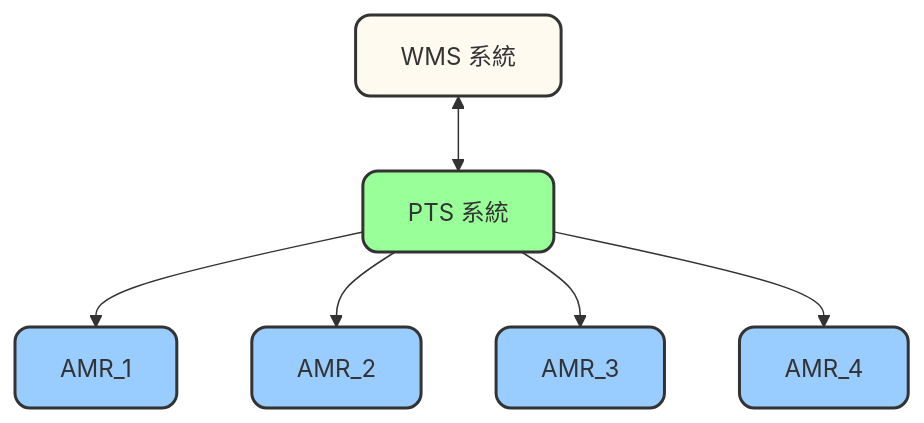
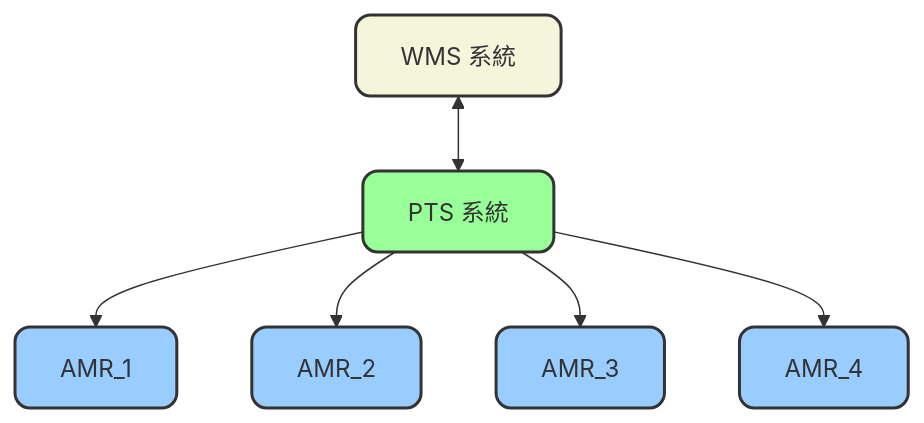
Before and after one commit to athena-tircgo/amr-wms-lsj: the first of 5 diagrams in README.md, drawn with Mermaid.

````diff
--- a/README.md
+++ b/README.md
@@ -22,25 +22,25 @@
 ```mermaid
 flowchart TD
     %% 節點設定
-    style WMS fill:#fffaf0,stroke:#333,stroke-width:2px,rx:10,ry:10
+    style WMS fill:#f5f5dc,stroke:#333,stroke-width:2px,rx:10,ry:10
     style PTS fill:#9f9,stroke:#333,stroke-width:2px,rx:10,ry:10
     style AMR1 fill:#9cf,stroke:#333,stroke-width:2px,rx:10,ry:10
     style AMR2 fill:#9cf,stroke:#333,stroke-width:2px,rx:10,ry:10
     style AMR3 fill:#9cf,stroke:#333,stroke-width:2px,rx:10,ry:10
     style AMR4 fill:#9cf,stroke:#333,stroke-width:2px,rx:10,ry:10
 
     %% 節點文字
     WMS["WMS 系統"]
     PTS["PTS 系統"]
     AMR1["AMR_1"]
     AMR2["AMR_2"]
     AMR3["AMR_3"]
     AMR4["AMR_4"]
 
     %% 連線
     WMS <-->PTS
     PTS -->AMR1
     PTS -->AMR2
     PTS -->AMR3
     PTS -->AMR4
 ```
````
